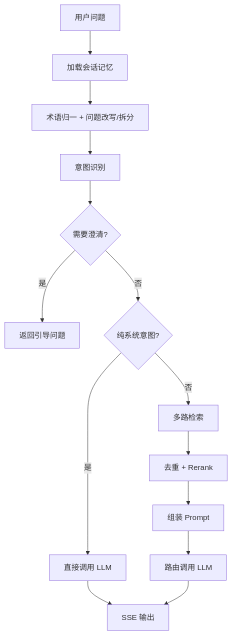
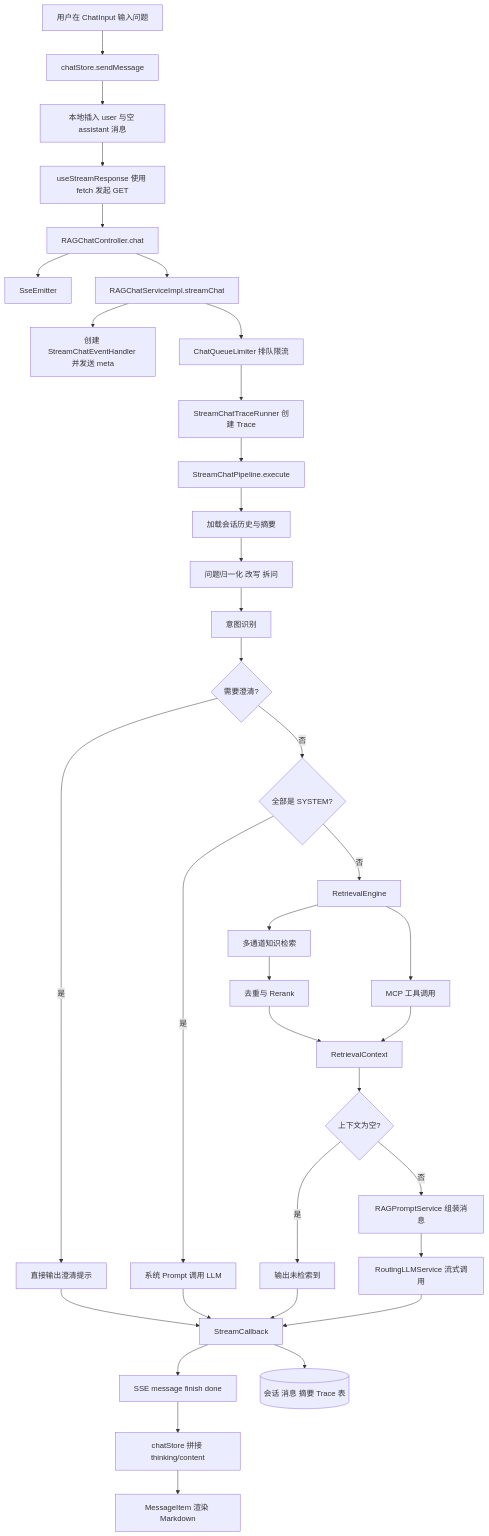
One commit to Purpose-C/ragent changed the first of 4 diagrams in docs/learning-notes/07-RAG问答主流程解析.md. Above: the diagram before and after it, drawn with Mermaid. The commit also changed other lines of this file and 19 other files, not shown here.

````diff
--- a/docs/learning-notes/07-RAG问答主流程解析.md
+++ b/docs/learning-notes/07-RAG问答主流程解析.md
@@ -23,16 +46,38 @@
 ```mermaid
 flowchart TD
-    Q[用户问题] --> M[加载会话记忆]
-    M --> RW[术语归一 + 问题改写/拆分]
-    RW --> I[意图识别]
+    U[用户在 ChatInput 输入问题] --> Store[chatStore.sendMessage]
+    Store --> Local[本地插入 user 与空 assistant 消息]
+    Local --> Fetch[useStreamResponse 使用 fetch 发起 GET]
+    Fetch --> C[RAGChatController.chat]
+    C --> E[SseEmitter]
+    C --> S[RAGChatServiceImpl.streamChat]
+    S --> H[创建 StreamChatEventHandler 并发送 meta]
+    S --> Q[ChatQueueLimiter 排队限流]
+    Q --> T[StreamChatTraceRunner 创建 Trace]
+    T --> P[StreamChatPipeline.execute]
+    P --> M[加载会话历史与摘要]
+    M --> W[问题归一化 改写 拆问]
+    W --> I[意图识别]
     I --> G{需要澄清?}
-    G -->|是| Guide[返回引导问题]
-    G -->|否| S{纯系统意图?}
-    S -->|是| L1[直接调用 LLM]
-    S -->|否| R[多路检索]
-    R --> D[去重 + Rerank]
-    D --> P[组装 Prompt]
-    P --> L2[路由调用 LLM]
-    L1 --> SSE[SSE 输出]
-    L2 --> SSE
+    G -->|是| Short1[直接输出澄清提示]
+    G -->|否| Sys{全部是 SYSTEM?}
+    Sys -->|是| L1[系统 Prompt 调用 LLM]
+    Sys -->|否| R[RetrievalEngine]
+    R --> KB[多通道知识检索]
+    R --> MCP[MCP 工具调用]
+    KB --> PP[去重与 Rerank]
+    PP --> RC[RetrievalContext]
+    MCP --> RC
+    RC --> Empty{上下文为空?}
+    Empty -->|是| Short2[输出未检索到]
+    Empty -->|否| PB[RAGPromptService 组装消息]
+    PB --> L2[RoutingLLMService 流式调用]
+    L1 --> CB[StreamCallback]
+    L2 --> CB
+    Short1 --> CB
+    Short2 --> CB
+    CB --> SSE[SSE message finish done]
+    SSE --> FE[chatStore 拼接 thinking/content]
+    FE --> Render[MessageItem 渲染 Markdown]
+    CB --> DB[(会话 消息 摘要 Trace 表)]
 ```
````
